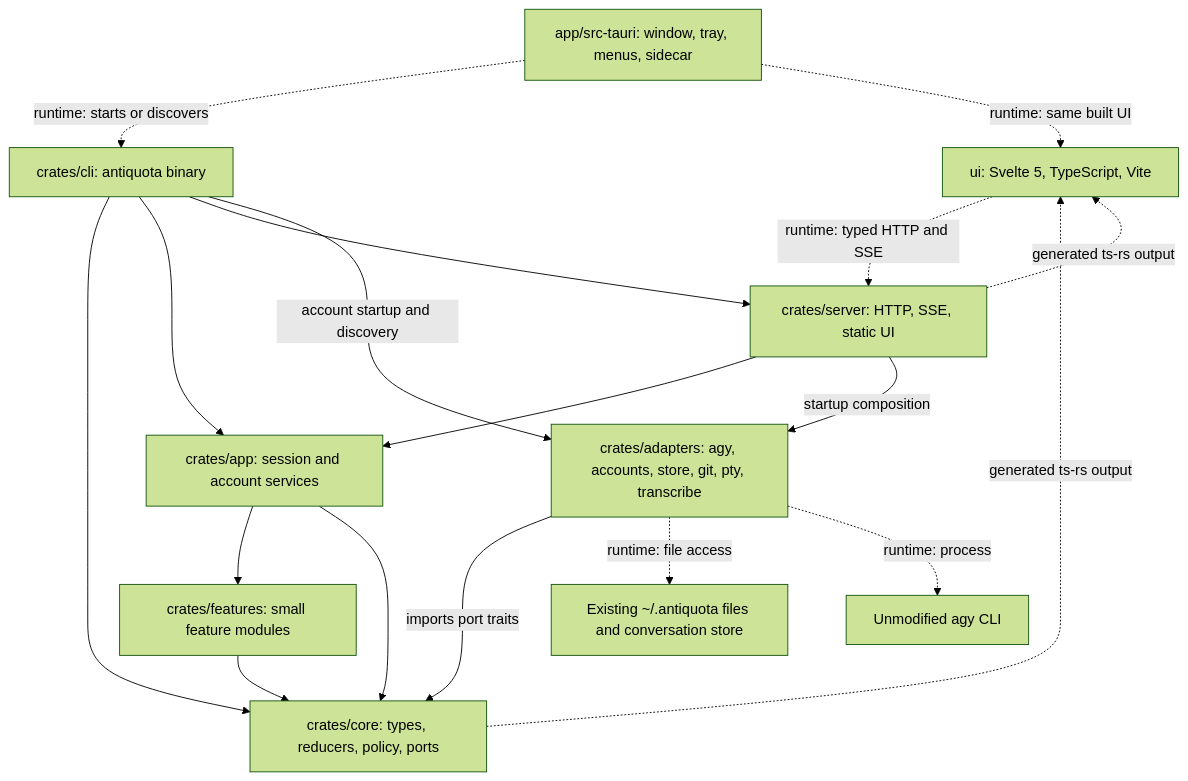
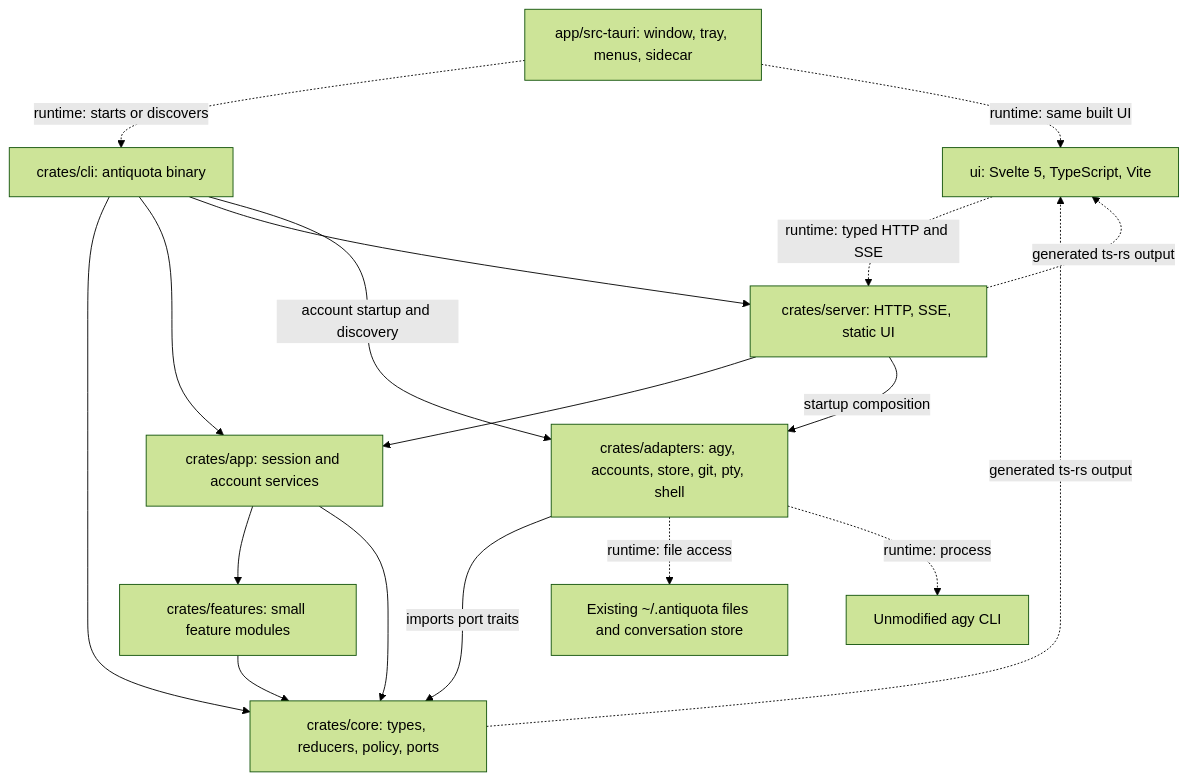
The diagram in docs/ARCHITECTURE.md (dtecx/antiquota), drawn with Mermaid (forest theme) before and after one commit. The commit also changed other lines of this file and 26 other files, not shown here.

First line of the commit message:
feat: add architecture and tooling slice

````diff
--- a/docs/ARCHITECTURE.md
+++ b/docs/ARCHITECTURE.md
@@ -7,30 +7,30 @@
 ```mermaid
 flowchart TB
     UI["ui: Svelte 5, TypeScript, Vite"]
     Shell["app/src-tauri: window, tray, menus, sidecar"]
     CLI["crates/cli: antiquota binary"]
     Server["crates/server: HTTP, SSE, static UI"]
     App["crates/app: session and account services"]
     Features["crates/features: small feature modules"]
     Core["crates/core: types, reducers, policy, ports"]
-    Adapters["crates/adapters: agy, accounts, store, git, pty, transcribe"]
+    Adapters["crates/adapters: agy, accounts, store, git, pty, shell"]
     Data["Existing ~/.antiquota files and conversation store"]
     Agy["Unmodified agy CLI"]
     UI -.->|runtime: typed HTTP and SSE| Server
     Shell -.->|runtime: starts or discovers| CLI
     Shell -.->|runtime: same built UI| UI
     CLI --> Core
     CLI --> App
     CLI --> Server
     CLI -->|account startup and discovery| Adapters
     Server --> App
     Server -->|startup composition| Adapters
     App --> Features
     Features --> Core
     App --> Core
     Adapters -->|imports port traits| Core
     Adapters -.->|runtime: file access| Data
     Adapters -.->|runtime: process| Agy
     Core -.->|generated ts-rs output| UI
     Server -.->|generated ts-rs output| UI
 ```
````
